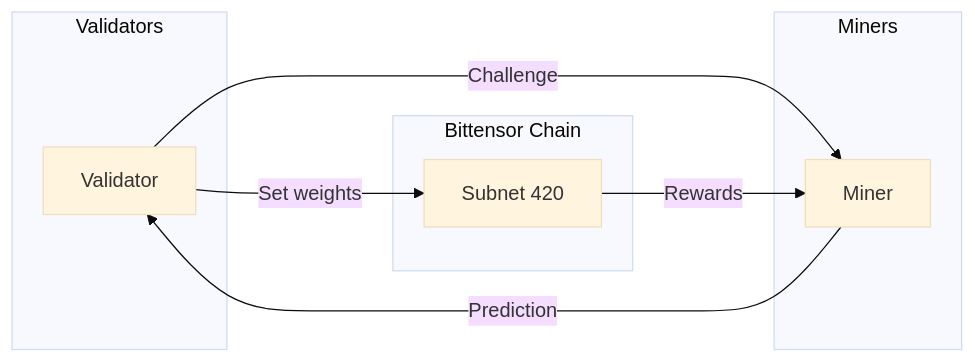
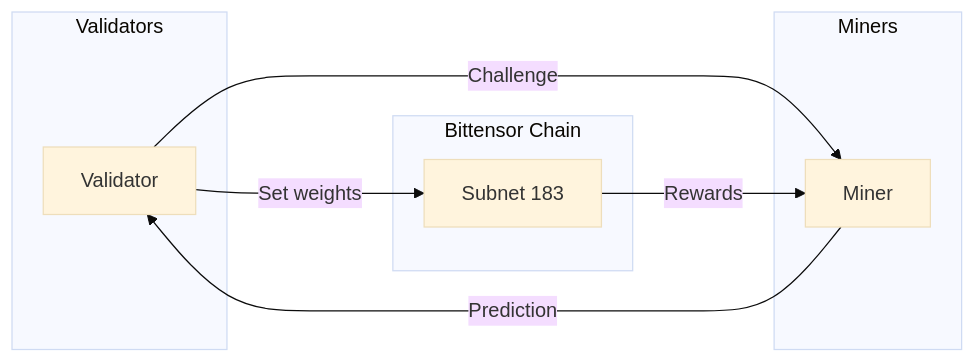
One commit to bittbridge/bittbridge changed the diagram in README.md. Above: the diagram before and after it, drawn with Mermaid (base theme). The commit also changed other lines of this file and 6 other files, not shown here.

````diff
--- a/README.md
+++ b/README.md
@@ -21,16 +21,16 @@
 ```mermaid
 flowchart LR
     subgraph validators [Validators]
         V1[Validator]
     end
     subgraph miners [Miners]
         M1[Miner]
     end
     subgraph chain [Bittensor Chain]
-        S[Subnet 420]
+        S[Subnet 183]
     end
     V1 -->|"Challenge"| M1
     M1 -->|"Prediction"| V1
     V1 -->|"Set weights"| S
     S -->|"Rewards"| M1
 ```
````
